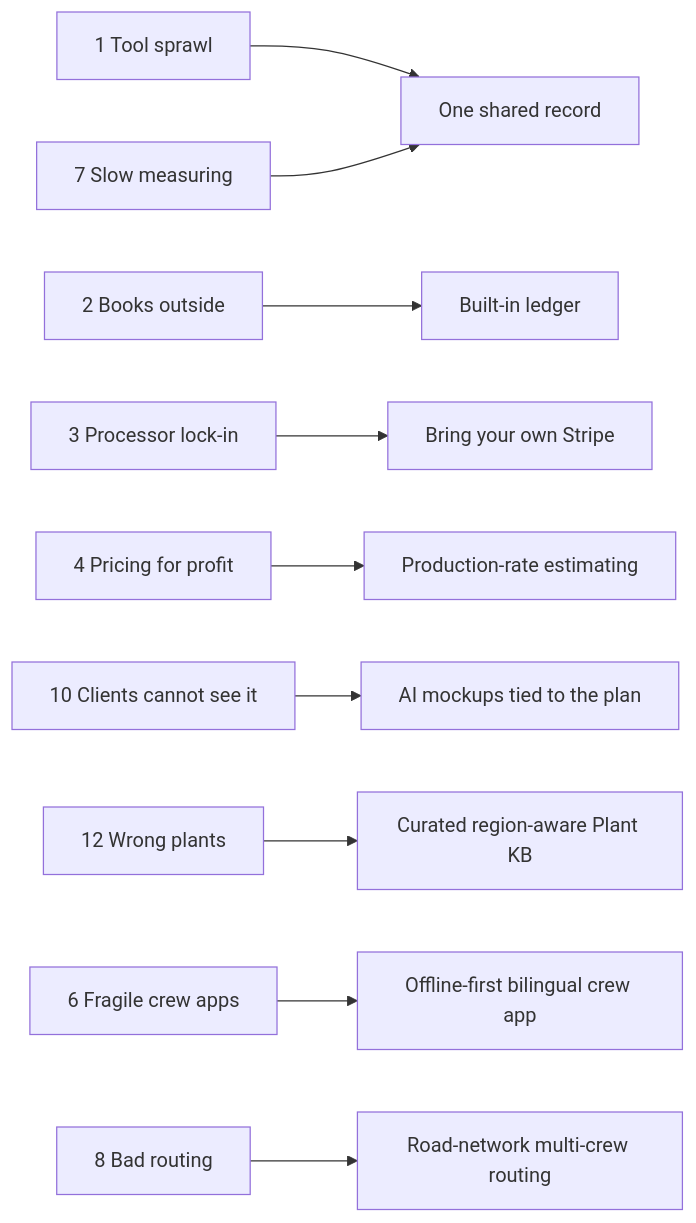
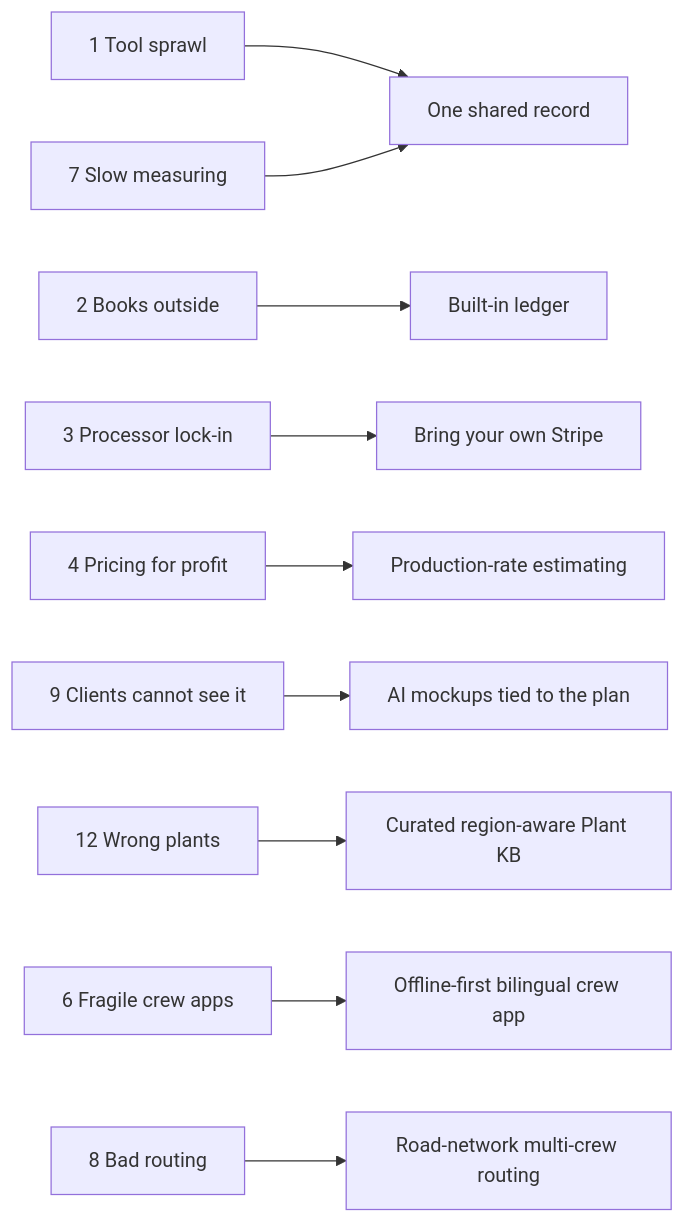
One commit to jdinard/landscape changed the fifth of 12 diagrams in docs/01-market-landscape.md. Above: the diagram before and after it, drawn with Mermaid. The commit also changed other lines of this file and 21 other files, not shown here.

````diff
--- a/docs/01-market-landscape.md
+++ b/docs/01-market-landscape.md
@@ -736,12 +766,12 @@
 ```mermaid
 flowchart LR
   P1["1 Tool sprawl"] --> M1["One shared record"]
   P2["2 Books outside"] --> M2["Built-in ledger"]
   P3["3 Processor lock-in"] --> M3["Bring your own Stripe"]
   P4["4 Pricing for profit"] --> M4["Production-rate estimating"]
   P7["7 Slow measuring"] --> M1
-  P10["10 Clients cannot see it"] --> M5["AI mockups tied to the plan"]
+  P9["9 Clients cannot see it"] --> M5["AI mockups tied to the plan"]
   P12["12 Wrong plants"] --> M6["Curated region-aware Plant KB"]
   P6["6 Fragile crew apps"] --> M7["Offline-first bilingual crew app"]
   P8["8 Bad routing"] --> M8["Road-network multi-crew routing"]
 ```
````
